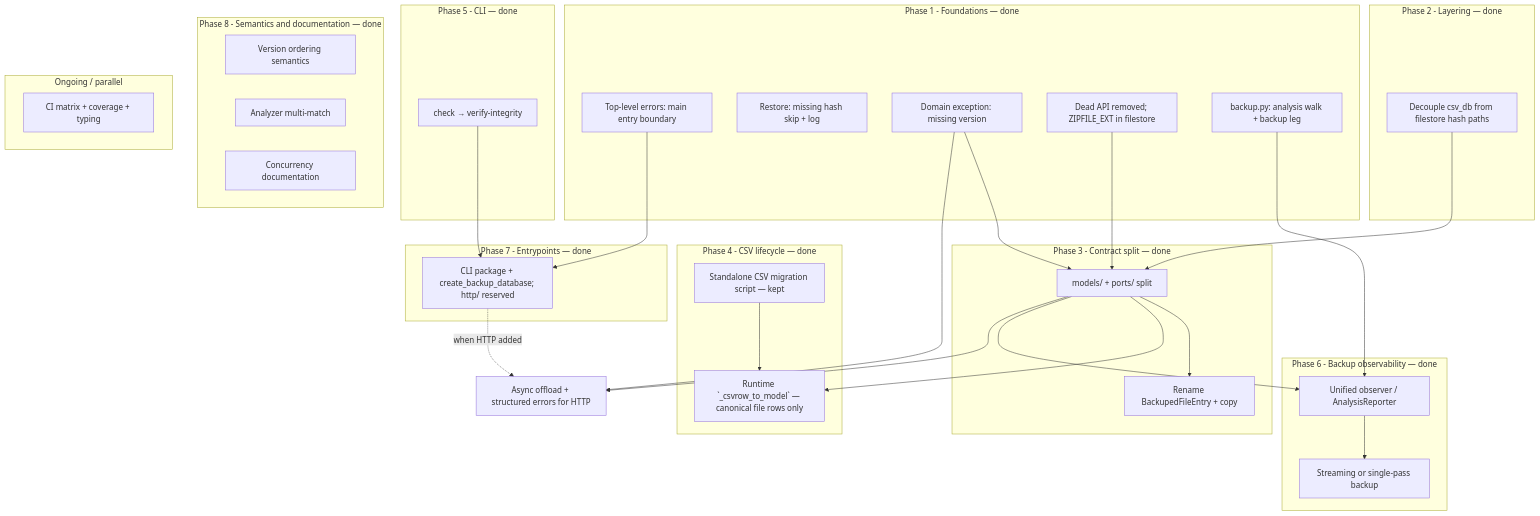
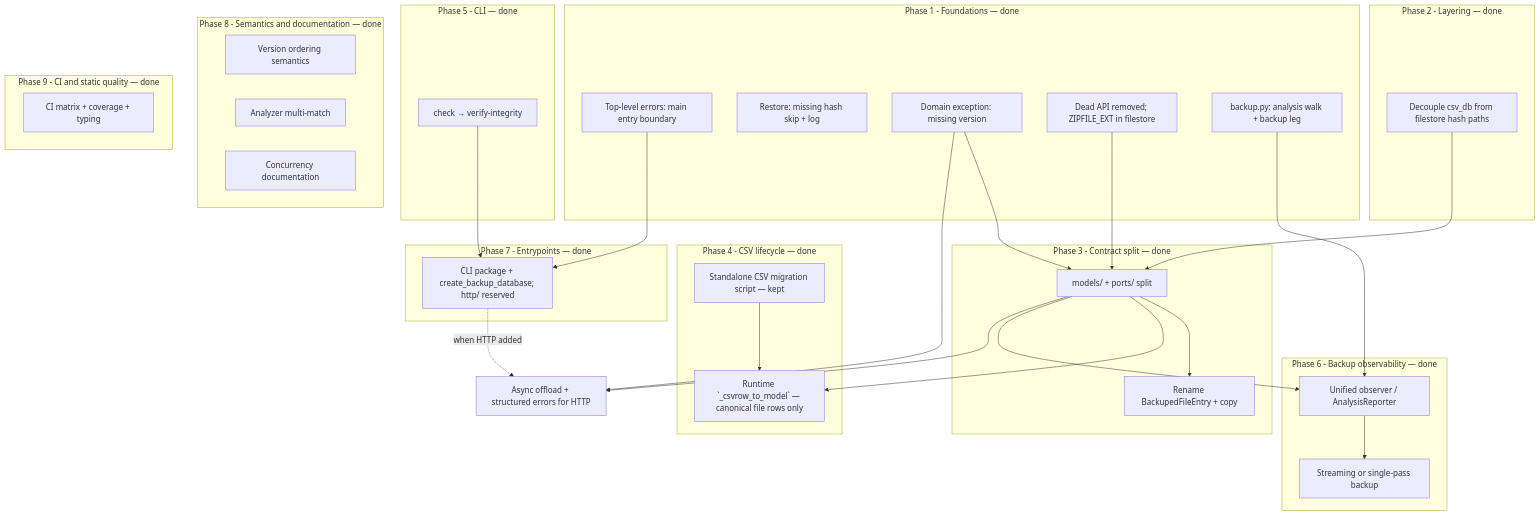
The diagram in docs/tech-debt-roadmap.md (piazentin/backuper), drawn with Mermaid before and after one commit. The commit also changed other lines of this file, not shown here.

First line of the commit message:
docs: mark Phase 9 (CI and static quality) complete

````diff
--- a/docs/tech-debt-roadmap.md
+++ b/docs/tech-debt-roadmap.md
@@ -44,62 +44,62 @@
 ```mermaid
 flowchart TB
   subgraph early [Phase 1 - Foundations — done]
     A1[Top-level errors: main entry boundary]
     A2[Restore: missing hash skip + log]
     B1[Domain exception: missing version]
     C1[Dead API removed; ZIPFILE_EXT in filestore]
     C2[backup.py: analysis walk + backup leg]
   end
 
   subgraph layering [Phase 2 - Layering — done]
     D1[Decouple csv_db from filestore hash paths]
   end
 
   subgraph contract [Phase 3 - Contract split — done]
     E1[models/ + ports/ split]
     E2[Rename BackupedFileEntry + copy]
   end
 
   subgraph csv [Phase 4 - CSV lifecycle — done]
     F1[Standalone CSV migration script — kept]
     F2[Runtime `_csvrow_to_model` — canonical file rows only]
   end
 
   subgraph cli [Phase 5 - CLI — done]
     G1[check → verify-integrity]
   end
 
   subgraph pipeline [Phase 6 - Backup observability — done]
     H1[Unified observer / AnalysisReporter]
     H2[Streaming or single-pass backup]
   end
 
   subgraph entry [Phase 7 - Entrypoints — done]
     J1[CLI package + create_backup_database; http/ reserved]
   end
 
   subgraph semantics [Phase 8 - Semantics and documentation — done]
     I1[Version ordering semantics]
     I2[Analyzer multi-match]
     I3[Concurrency documentation]
   end
 
-  subgraph polish [Ongoing / parallel]
+  subgraph polish [Phase 9 - CI and static quality — done]
     K1[CI matrix + coverage + typing]
   end
 
   C1 --> E1
   B1 --> E1
   D1 --> E1
   A1 --> J1
   E1 --> E2
   E1 --> F2
   F1 --> F2
   G1 --> J1
   H1 --> H2
   C2 --> H1
   E1 --> H1
   J1 -.->|when HTTP added| J2[Async offload + structured errors for HTTP]
   E1 --> J2
   B1 --> J2
 ```
````
